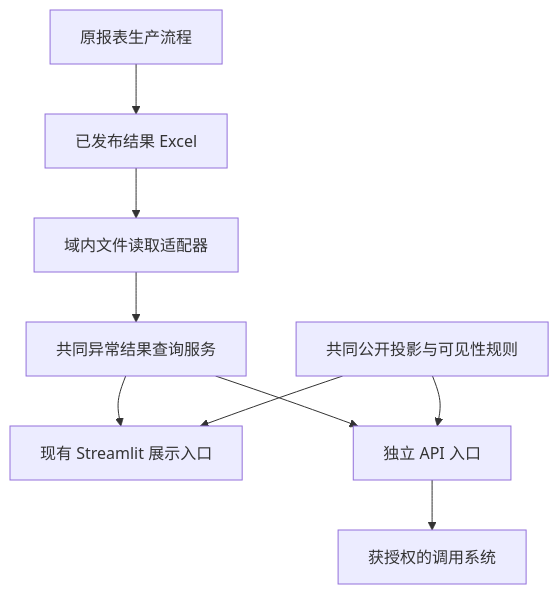
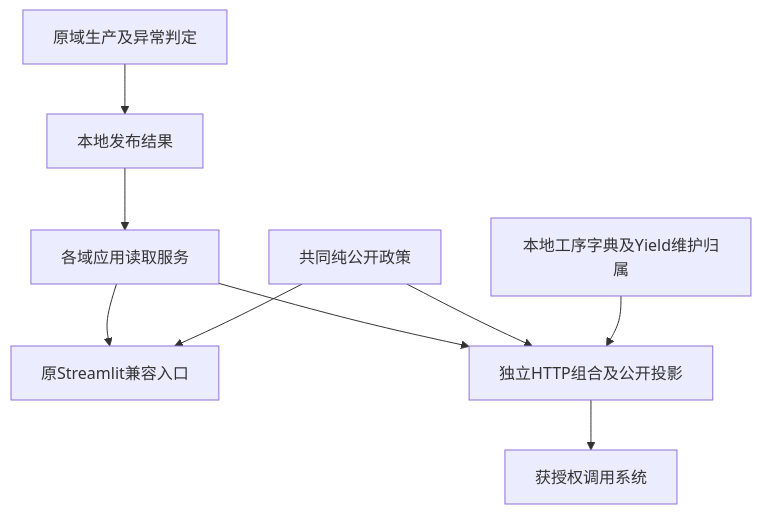
Before and after one commit to wzygio/vivo-project: the diagram in docs/dev_docs/generated/inline_domain/monitor/sheet-anomaly-api-development-plan.md, drawn with Mermaid. The commit also changed other lines of this file and 65 other files, not shown here.

````diff
--- a/docs/dev_docs/generated/inline_domain/monitor/sheet-anomaly-api-development-plan.md
+++ b/docs/dev_docs/generated/inline_domain/monitor/sheet-anomaly-api-development-plan.md
@@ -58,11 +31,11 @@
 ```mermaid
 flowchart TD
-    Producer[原报表生产流程] --> Files[已发布结果 Excel]
-    Files --> Reader[域内文件读取适配器]
-    Reader --> Query[共同异常结果查询服务]
-    Query --> Page[现有 Streamlit 展示入口]
-    Query --> Api[独立 API 入口]
-    Policy[共同公开投影与可见性规则] --> Page
+    Producer[原域生产及异常判定] --> Results[本地发布结果]
+    Results --> DomainQuery[各域应用读取服务]
+    DomainQuery --> Page[原Streamlit兼容入口]
+    DomainQuery --> Api[独立HTTP组合及公开投影]
+    Policy[共同纯公开政策] --> Page
     Policy --> Api
-    Api --> Client[获授权的调用系统]
+    Metadata[本地工序字典及Yield维护归属] --> Api
+    Api --> Client[获授权调用系统]
 ```
````
